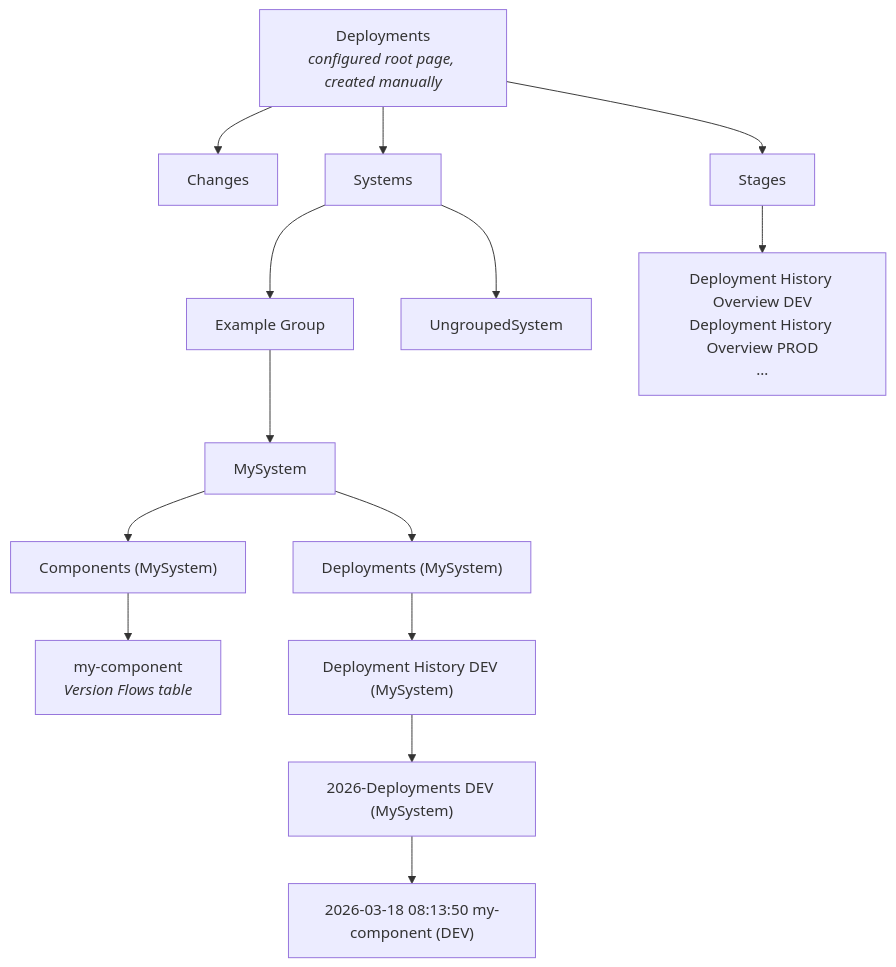
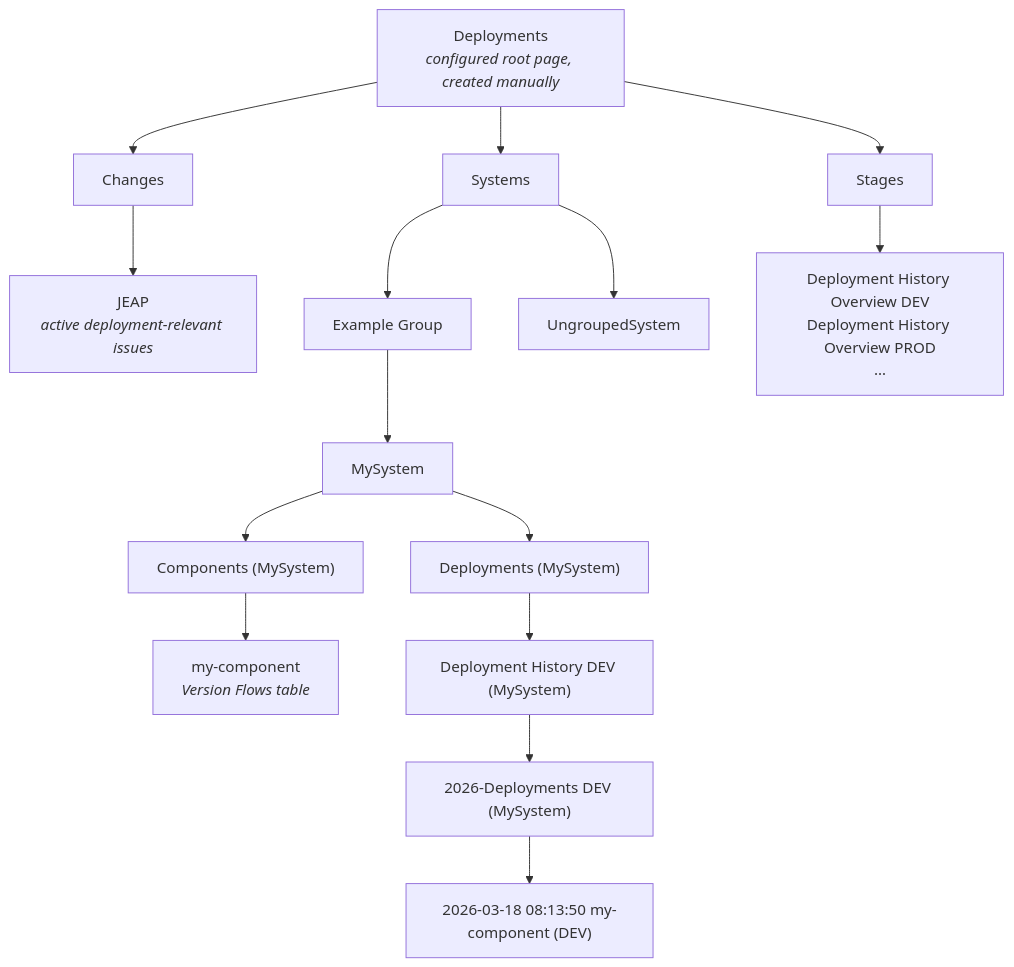
One commit to jeap-admin-ch/jeap-deploymentlog-service changed the first of 2 diagrams in docs/documentation-generation.md. Above: the diagram before and after it, drawn with Mermaid. The commit also changed other lines of this file and 40 other files, not shown here.

Commit message:
JEAP-7361: Implement Jira project page generation and update related repositories

````diff
--- a/docs/documentation-generation.md
+++ b/docs/documentation-generation.md
@@ -9,31 +9,33 @@
 ```mermaid
 flowchart TD
   Root["Deployments<br/><i>configured root page, created manually</i>"]
   Changes["Changes"]
+  JiraProject["JEAP<br/><i>active deployment-relevant issues</i>"]
   Systems["Systems"]
   Group["Example Group"]
   Components["Components (MySystem)"]
   Component["my-component<br/><i>Version Flows table</i>"]
   SystemDeployments["Deployments (MySystem)"]
   Stages["Stages"]
   OverviewEnv["Deployment History Overview DEV<br/>Deployment History Overview PROD<br/>…"]
   Sys["MySystem"]
   Ungrouped["UngroupedSystem"]
   Hist["Deployment History DEV (MySystem)"]
   List["2026-Deployments DEV (MySystem)"]
   Letter["2026-03-18 08:13:50 my-component (DEV)"]
 
   Root --> Changes
+  Changes --> JiraProject
   Root --> Systems
   Systems --> Group
   Group --> Sys
   Systems --> Ungrouped
   Sys --> Components
   Components --> Component
   Sys --> SystemDeployments
   SystemDeployments --> Hist
   Root --> Stages
   Stages --> OverviewEnv
   Hist --> List
   List --> Letter
 ```
````
